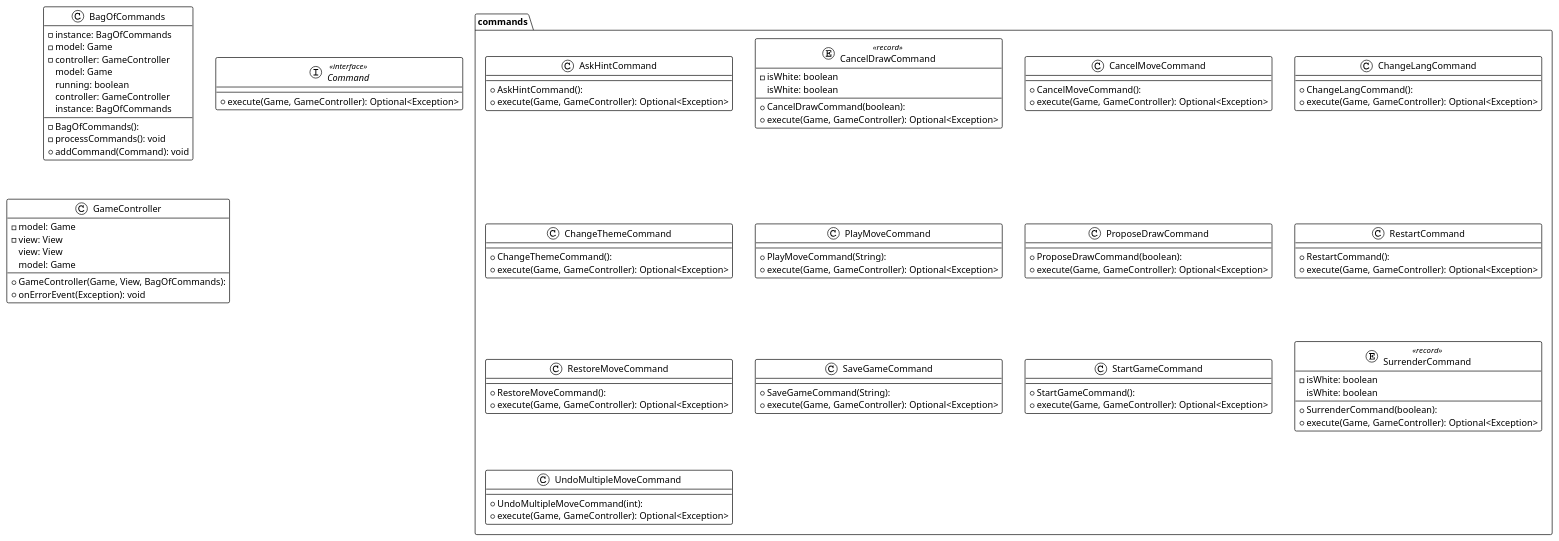
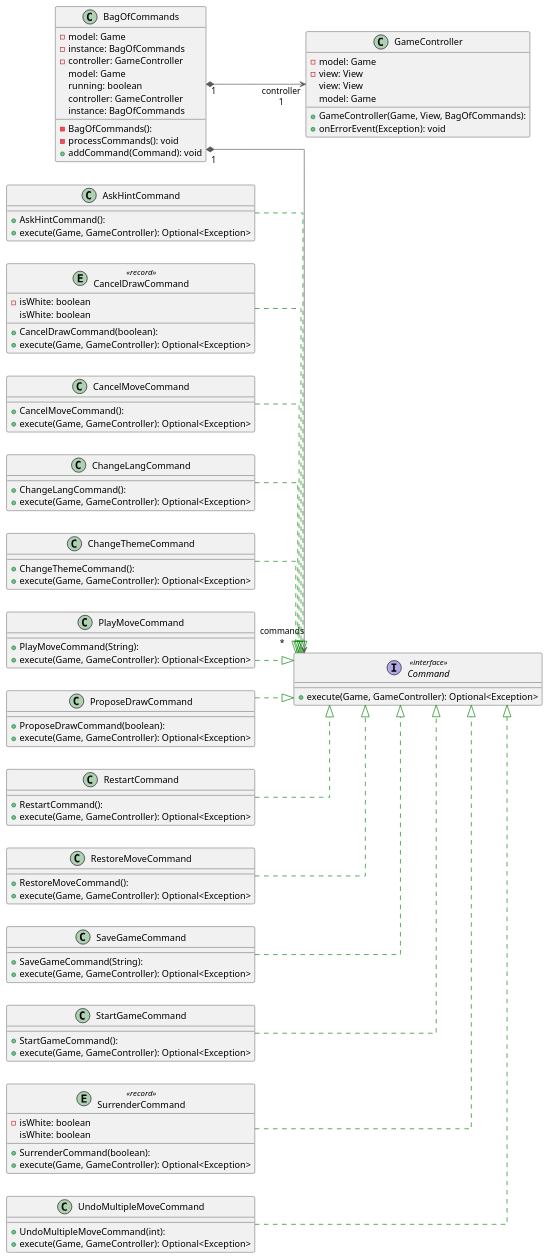
One commit to Vjonquiere/chess changed the diagram in reports/final/uml/controller.puml. Above: the diagram before and after it, drawn with PlantUML. The commit also changed 12 other files, not shown here.

Commit message:
uml diagrams

```diff
--- a/reports/final/uml/controller.puml
+++ b/reports/final/uml/controller.puml
@@ -1,94 +1,101 @@
-@startuml Controller
+@startuml
 
-!theme plain
-top to bottom direction
+left to right direction
 skinparam linetype ortho
 
-package commands{
-    class AskHintCommand {
-    + AskHintCommand(): 
-    + execute(Game, GameController): Optional<Exception>
-    }
-    entity CancelDrawCommand << record >> {
-        + CancelDrawCommand(boolean): 
-        - isWhite: boolean
-        + execute(Game, GameController): Optional<Exception>
-        isWhite: boolean
-    }
-    class CancelMoveCommand {
-        + CancelMoveCommand(): 
-        + execute(Game, GameController): Optional<Exception>
-    }
-    class ChangeLangCommand {
-        + ChangeLangCommand(): 
-        + execute(Game, GameController): Optional<Exception>
-    }
-    class ChangeThemeCommand {
-        + ChangeThemeCommand(): 
-        + execute(Game, GameController): Optional<Exception>
-    }
-
-    class PlayMoveCommand {
-        + PlayMoveCommand(String): 
-        + execute(Game, GameController): Optional<Exception>
-    }
-    class ProposeDrawCommand {
-        + ProposeDrawCommand(boolean): 
-        + execute(Game, GameController): Optional<Exception>
-    }
-    class RestartCommand {
-        + RestartCommand(): 
-        + execute(Game, GameController): Optional<Exception>
-    }
-    class RestoreMoveCommand {
-        + RestoreMoveCommand(): 
-        + execute(Game, GameController): Optional<Exception>
-    }
-    class SaveGameCommand {
-        + SaveGameCommand(String): 
-        + execute(Game, GameController): Optional<Exception>
-    }
-    class StartGameCommand {
-        + StartGameCommand(): 
-        + execute(Game, GameController): Optional<Exception>
-    }
-    entity SurrenderCommand << record >> {
-        + SurrenderCommand(boolean): 
-        - isWhite: boolean
-        + execute(Game, GameController): Optional<Exception>
-        isWhite: boolean
-    }
-    class UndoMultipleMoveCommand {
-        + UndoMultipleMoveCommand(int): 
-        + execute(Game, GameController): Optional<Exception>
-    }
-
+class AskHintCommand {
+  + AskHintCommand(): 
+  + execute(Game, GameController): Optional<Exception>
 }
-
 class BagOfCommands {
   - BagOfCommands(): 
+  - model: Game
   - instance: BagOfCommands
-  - model: Game
   - controller: GameController
   - processCommands(): void
   + addCommand(Command): void
    model: Game
    running: boolean
    controller: GameController
    instance: BagOfCommands
 }
-
+entity CancelDrawCommand << record >> {
+  + CancelDrawCommand(boolean): 
+  - isWhite: boolean
+  + execute(Game, GameController): Optional<Exception>
+   isWhite: boolean
+}
+class CancelMoveCommand {
+  + CancelMoveCommand(): 
+  + execute(Game, GameController): Optional<Exception>
+}
+class ChangeLangCommand {
+  + ChangeLangCommand(): 
+  + execute(Game, GameController): Optional<Exception>
+}
+class ChangeThemeCommand {
+  + ChangeThemeCommand(): 
+  + execute(Game, GameController): Optional<Exception>
+}
 interface Command << interface >> {
   + execute(Game, GameController): Optional<Exception>
 }
 class GameController {
   + GameController(Game, View, BagOfCommands): 
   - model: Game
   - view: View
   + onErrorEvent(Exception): void
    view: View
    model: Game
 }
+class PlayMoveCommand {
+  + PlayMoveCommand(String): 
+  + execute(Game, GameController): Optional<Exception>
+}
+class ProposeDrawCommand {
+  + ProposeDrawCommand(boolean): 
+  + execute(Game, GameController): Optional<Exception>
+}
+class RestartCommand {
+  + RestartCommand(): 
+  + execute(Game, GameController): Optional<Exception>
+}
+class RestoreMoveCommand {
+  + RestoreMoveCommand(): 
+  + execute(Game, GameController): Optional<Exception>
+}
+class SaveGameCommand {
+  + SaveGameCommand(String): 
+  + execute(Game, GameController): Optional<Exception>
+}
+class StartGameCommand {
+  + StartGameCommand(): 
+  + execute(Game, GameController): Optional<Exception>
+}
+entity SurrenderCommand << record >> {
+  + SurrenderCommand(boolean): 
+  - isWhite: boolean
+  + execute(Game, GameController): Optional<Exception>
+   isWhite: boolean
+}
+class UndoMultipleMoveCommand {
+  + UndoMultipleMoveCommand(int): 
+  + execute(Game, GameController): Optional<Exception>
+}
 
-
+AskHintCommand           -[#008200,dashed]-^  Command                 
+BagOfCommands           "1" *-[#595959,plain]-> "commands\n*" Command                 
+BagOfCommands           "1" *-[#595959,plain]-> "controller\n1" GameController          
+CancelDrawCommand        -[#008200,dashed]-^  Command                 
+CancelMoveCommand        -[#008200,dashed]-^  Command                 
+ChangeLangCommand        -[#008200,dashed]-^  Command                 
+ChangeThemeCommand       -[#008200,dashed]-^  Command                 
+PlayMoveCommand          -[#008200,dashed]-^  Command                 
+ProposeDrawCommand       -[#008200,dashed]-^  Command                 
+RestartCommand           -[#008200,dashed]-^  Command                 
+RestoreMoveCommand       -[#008200,dashed]-^  Command                 
+SaveGameCommand          -[#008200,dashed]-^  Command                 
+StartGameCommand         -[#008200,dashed]-^  Command                 
+SurrenderCommand         -[#008200,dashed]-^  Command                 
+UndoMultipleMoveCommand  -[#008200,dashed]-^  Command                 
 @enduml
```
